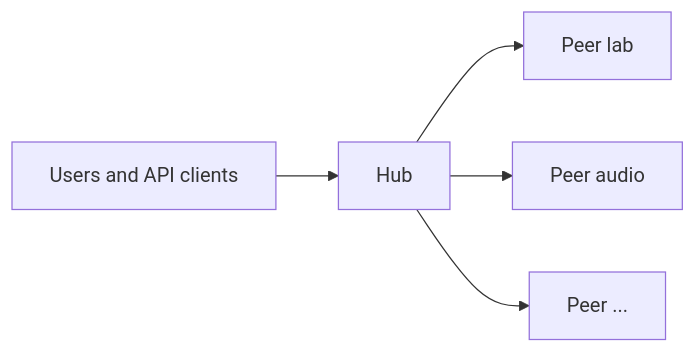
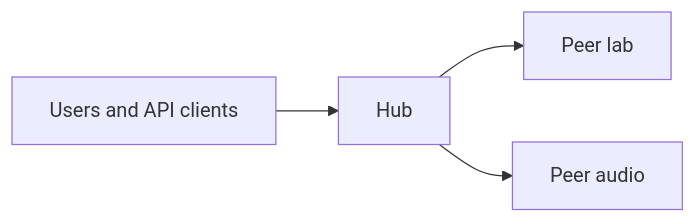
The first of 4 diagrams in docs/EXTENSIONS.md (renglo/bom-helper), drawn with Mermaid before and after one commit. The commit also changed other lines of this file and 38 other files, not shown here.

````diff
--- a/docs/EXTENSIONS.md
+++ b/docs/EXTENSIONS.md
@@ -22,7 +29,6 @@
 ```mermaid
 flowchart LR
   USER["Users and API clients"] --> HUB["Hub"]
   HUB --> P1["Peer lab"]
   HUB --> P2["Peer audio"]
-  HUB --> P3["Peer ..."]
 ```
````
